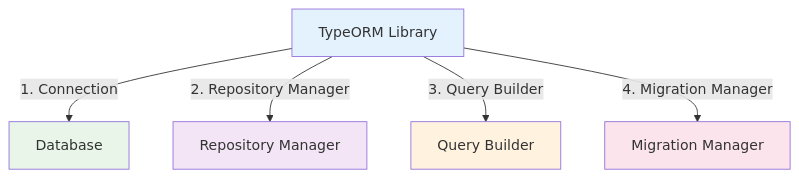
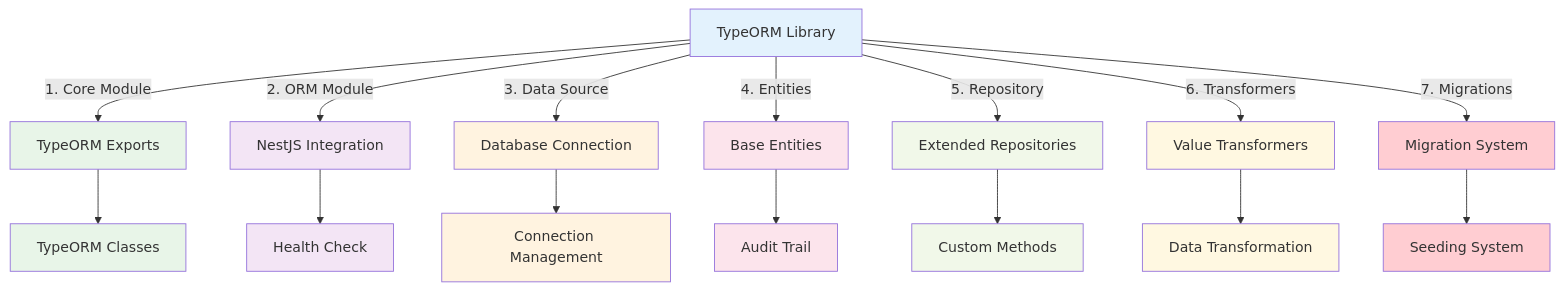
One commit to ecom-co/document changed the diagram in docs/ecom-co/libs/typeorm/typeorm-library.md. Above: the diagram before and after it, drawn with Mermaid. The commit also changed other lines of this file and 31 other files, not shown here.

````diff
--- a/docs/ecom-co/libs/typeorm/typeorm-library.md
+++ b/docs/ecom-co/libs/typeorm/typeorm-library.md
@@ -26,14 +31,34 @@
 ```mermaid
 flowchart TD
-    A[TypeORM Library] -->|1. Connection| B[Database]
+    A[TypeORM Library] -->|1. Core Module| B[TypeORM Exports]
+    A -->|2. ORM Module| C[NestJS Integration]
+    A -->|3. Data Source| D[Database Connection]
+    A -->|4. Entities| E[Base Entities]
+    A -->|5. Repository| F[Extended Repositories]
+    A -->|6. Transformers| G[Value Transformers]
+    A -->|7. Migrations| H[Migration System]
     
-    A -->|2. Repository Manager| C[Repository Manager]
-    A -->|3. Query Builder| D[Query Builder]
-    A -->|4. Migration Manager| E[Migration Manager]
+    B --> I[TypeORM Classes]
+    C --> J[Health Check]
+    D --> K[Connection Management]
+    E --> L[Audit Trail]
+    F --> M[Custom Methods]
+    G --> N[Data Transformation]
+    H --> O[Seeding System]
     
     style A fill:#e3f2fd
     style B fill:#e8f5e8
     style C fill:#f3e5f5
     style D fill:#fff3e0
     style E fill:#fce4ec
+    style F fill:#f1f8e9
+    style G fill:#fff8e1
+    style H fill:#ffcdd2
+    style I fill:#e8f5e8
+    style J fill:#f3e5f5
+    style K fill:#fff3e0
+    style L fill:#fce4ec
+    style M fill:#f1f8e9
+    style N fill:#fff8e1
+    style O fill:#ffcdd2
 ```
````
